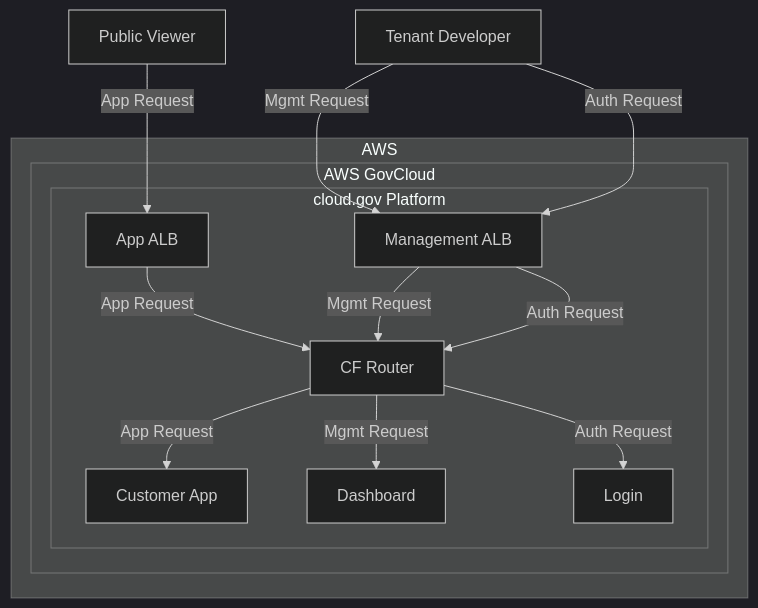
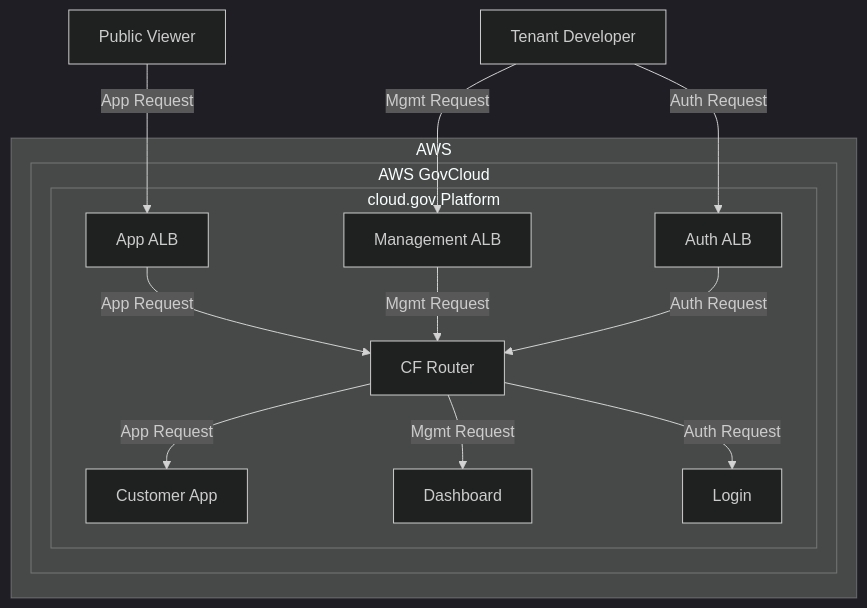
One commit to cloud-gov/product changed the first of 5 diagrams in adr/ADR-0009-shield-advanced.md. Above: the diagram before and after it, drawn with Mermaid (dark theme). The commit also changed other lines of this file, not shown here.

Commit message:
Correctly depict current state of LBs

````diff
--- a/adr/ADR-0009-shield-advanced.md
+++ b/adr/ADR-0009-shield-advanced.md
@@ -39,18 +39,18 @@
 ```mermaid
 graph TD
     public[Public Viewer] -->|App Request| appALB
     tenant[Tenant Developer] -->|Mgmt Request| mgmtALB
-    tenant[Tenant Developer] -->|Auth Request| mgmtALB
+    tenant[Tenant Developer] -->|Auth Request| authALB
     subgraph aws["AWS"]
         subgraph govcloud["AWS GovCloud"]
             subgraph platform["cloud.gov Platform"]
                 appALB[App ALB] -->|App Request| router[CF Router]
                 mgmtALB[Management ALB] -->|Mgmt Request| router
-                mgmtALB[Management ALB] -->|Auth Request| router
+                authALB[Auth ALB] -->|Auth Request| router
                 router -->|App Request| app[Customer App]
                 router -->|Mgmt Request| dashboard[Dashboard]
                 router -->|Auth Request| login[Login]
             end
         end
     end
 ```
````
